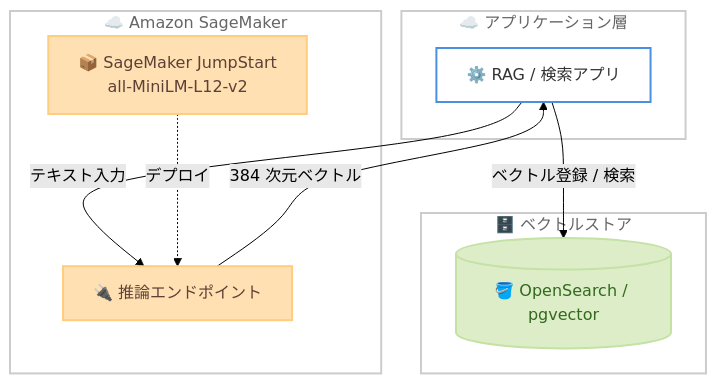
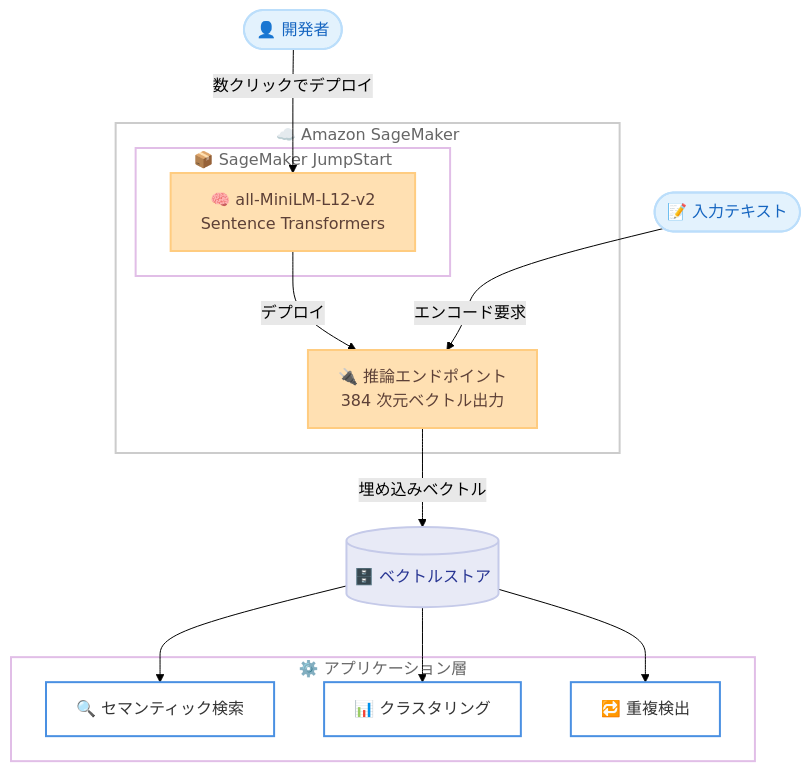
Before and after one commit to takech9203/aws-news-summary: the diagram in reports/2026/2026-06-18-all-minilm-l12-v2-on-sagemaker-jumpstart.md, drawn with Mermaid (forest theme). The commit also changed other lines of this file and 27 other files, not shown here.

````diff
--- a/reports/2026/2026-06-18-all-minilm-l12-v2-on-sagemaker-jumpstart.md
+++ b/reports/2026/2026-06-18-all-minilm-l12-v2-on-sagemaker-jumpstart.md
@@ -32,30 +32,40 @@
 ```mermaid
 flowchart TD
-    subgraph Client["☁️ アプリケーション層"]
-        App["⚙️ RAG / 検索アプリ"]
+    subgraph SM["☁️ Amazon SageMaker"]
+        subgraph JS["📦 SageMaker JumpStart"]
+            Model["🧠 all-MiniLM-L12-v2<br/>Sentence Transformers"]
+        end
+        Endpoint["🔌 推論エンドポイント<br/>384 次元ベクトル出力"]
     end
 
-    subgraph SM["☁️ Amazon SageMaker"]
-        JS["📦 SageMaker JumpStart<br/>all-MiniLM-L12-v2"]
-        EP["🔌 推論エンドポイント"]
+    subgraph App["⚙️ アプリケーション層"]
+        Search["🔍 セマンティック検索"]
+        Cluster["📊 クラスタリング"]
+        Dedup["🔁 重複検出"]
     end
 
-    subgraph Store["🗄️ ベクトルストア"]
-        OS[("🪣 OpenSearch / pgvector")]
-    end
+    VectorDB[("🗄️ ベクトルストア")]
 
-    App -->|テキスト入力| EP
-    JS -.デプロイ.-> EP
-    EP -->|384 次元ベクトル| App
-    App -->|ベクトル登録 / 検索| OS
+    Dev(["👤 開発者"]) -->|数クリックでデプロイ| Model
+    Model -->|デプロイ| Endpoint
+    Text(["📝 入力テキスト"]) -->|エンコード要求| Endpoint
+    Endpoint -->|埋め込みベクトル| VectorDB
+    VectorDB --> Search
+    VectorDB --> Cluster
+    VectorDB --> Dedup
 
     classDef cloud fill:none,stroke:#CCCCCC,stroke-width:2px,color:#666666
+    classDef layer fill:none,stroke:#E1BEE7,stroke-width:2px,color:#666666
     classDef compute fill:#FFE0B2,stroke:#FFCC80,stroke-width:2px,color:#5D4037
-    classDef storage fill:#DCEDC8,stroke:#C5E1A5,stroke-width:2px,color:#33691E
+    classDef database fill:#E8EAF6,stroke:#C5CAE9,stroke-width:2px,color:#283593
+    classDef user fill:#E3F2FD,stroke:#BBDEFB,stroke-width:2px,color:#1565C0
+    classDef input fill:#E9F7EC,stroke:#66BB6A,stroke-width:2px,color:#333333
     classDef process fill:#FFFFFF,stroke:#4A90E2,stroke-width:2px,color:#333333
 
-    class Client,SM,Store cloud
-    class JS,EP compute
-    class OS storage
-    class App process
+    class SM cloud
+    class JS,App layer
+    class Model,Endpoint compute
+    class VectorDB database
+    class Dev,Text user
+    class Search,Cluster,Dedup process
 ```
````
